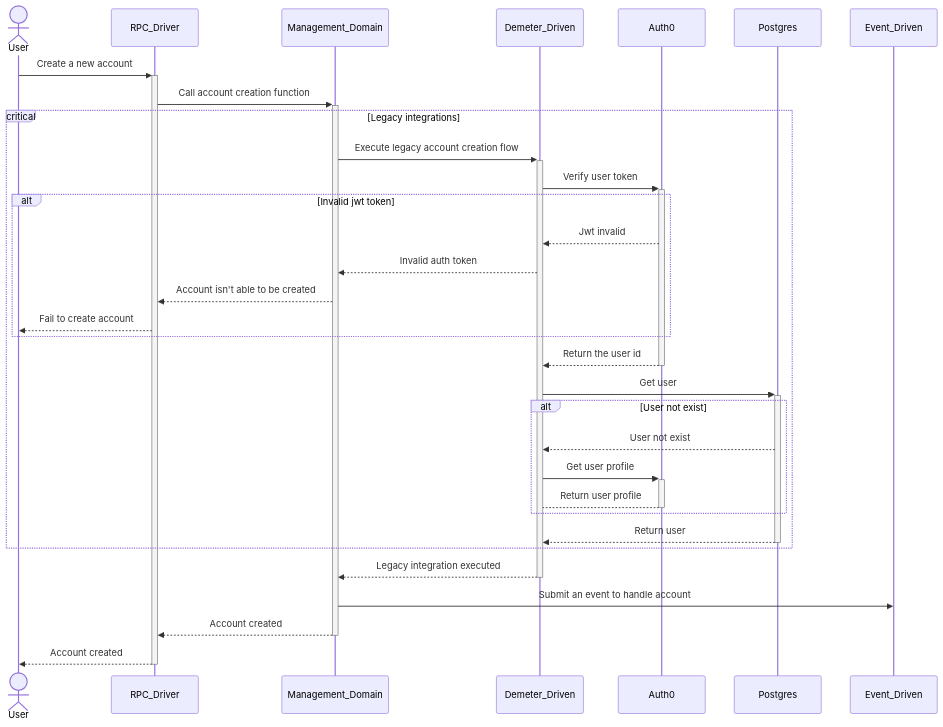
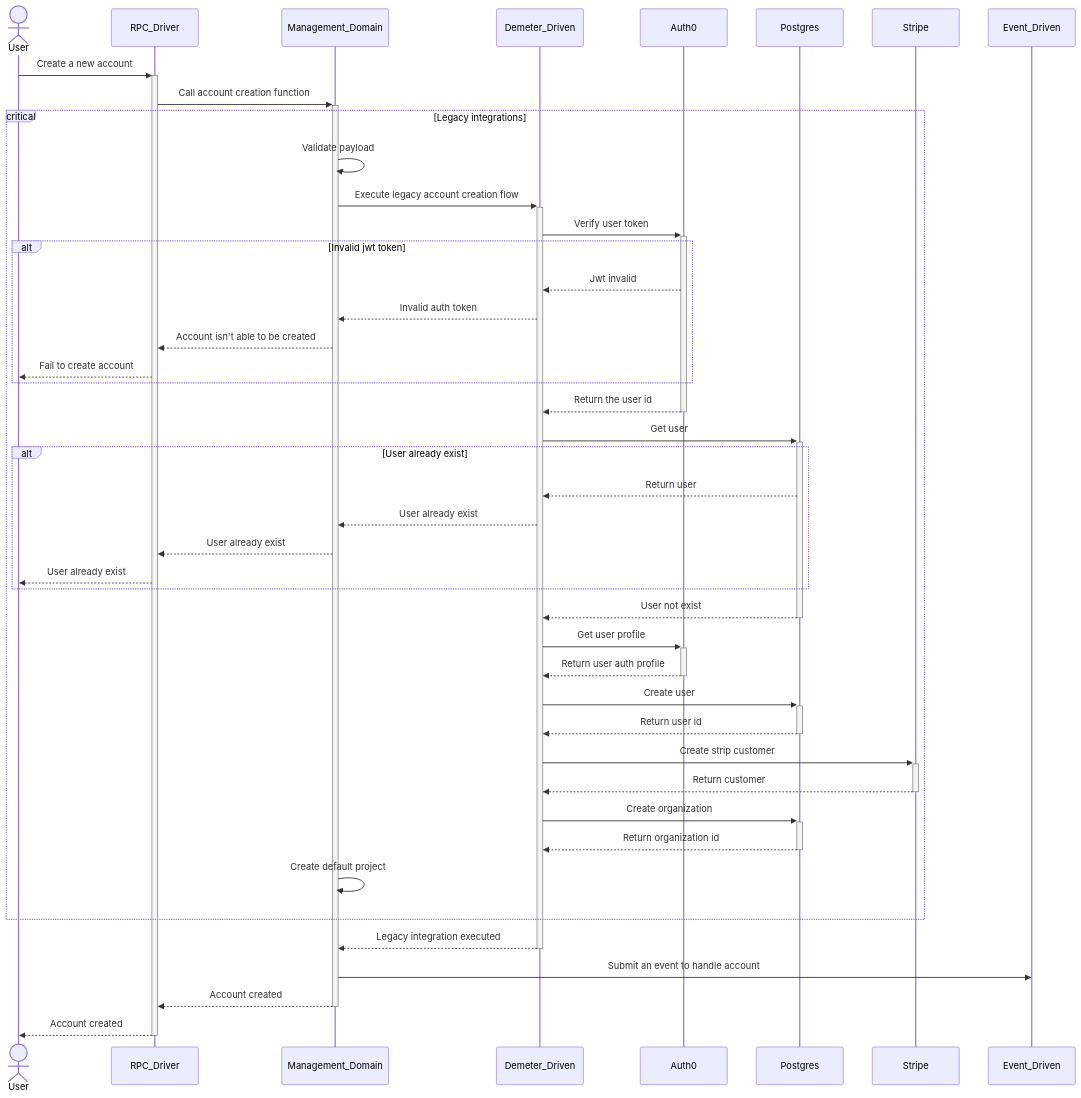
The diagram in diagrams/legacy.md (demeter-run/fabric), drawn with Mermaid before and after one commit. The commit also changed other lines of this file, not shown here.

Commit message:
docs(diagrams): legacy account creation flow

````diff
--- a/diagrams/legacy.md
+++ b/diagrams/legacy.md
@@ -3,38 +9,52 @@
 ```mermaid
 sequenceDiagram
     actor User
 
     User->>+RPC_Driver: Create a new account
     RPC_Driver->>+Management_Domain: Call account creation function
 
     critical Legacy integrations
+
+        Management_Domain->>Management_Domain: Validate payload
 
         Management_Domain->>+Demeter_Driven: Execute legacy account creation flow
         Demeter_Driven->>+Auth0: Verify user token
 
         alt Invalid jwt token
             Auth0-->>Demeter_Driven: Jwt invalid
             Demeter_Driven-->>Management_Domain: Invalid auth token
             Management_Domain-->>RPC_Driver: Account isn't able to be created
             RPC_Driver-->>User: Fail to create account
         end
 
         Auth0-->>-Demeter_Driven: Return the user id
         Demeter_Driven->>+Postgres: Get user
 
-        alt User not exist
-            Postgres-->>Demeter_Driven: User not exist
-            Demeter_Driven->>+Auth0: Get user profile
-            Auth0-->-Demeter_Driven: Return user profile
-
-            %% Mapping initialize user
+        alt User already exist
+            Postgres-->>Demeter_Driven: Return user
+            Demeter_Driven-->>Management_Domain: User already exist
+            Management_Domain-->>RPC_Driver: User already exist
+            RPC_Driver-->>User: User already exist
         end
 
-        Postgres-->>-Demeter_Driven: Return user
+        Postgres-->>-Demeter_Driven: User not exist
+        Demeter_Driven->>+Auth0: Get user profile
+        Auth0-->>-Demeter_Driven: Return user auth profile
+
+        Demeter_Driven->>+Postgres: Create user
+        Postgres-->>-Demeter_Driven: Return user id
+
+        Demeter_Driven->>+Stripe: Create strip customer
+        Stripe-->>-Demeter_Driven: Return customer
+
+        Demeter_Driven->>+Postgres: Create organization
+        Postgres-->>-Demeter_Driven: Return organization id
+
+        Management_Domain->>Management_Domain: Create default project
     end
 
     Demeter_Driven-->>-Management_Domain: Legacy integration executed
     Management_Domain->>Event_Driven: Submit an event to handle account
     Management_Domain-->>-RPC_Driver: Account created
     RPC_Driver-->>-User: Account created
 ```
````
